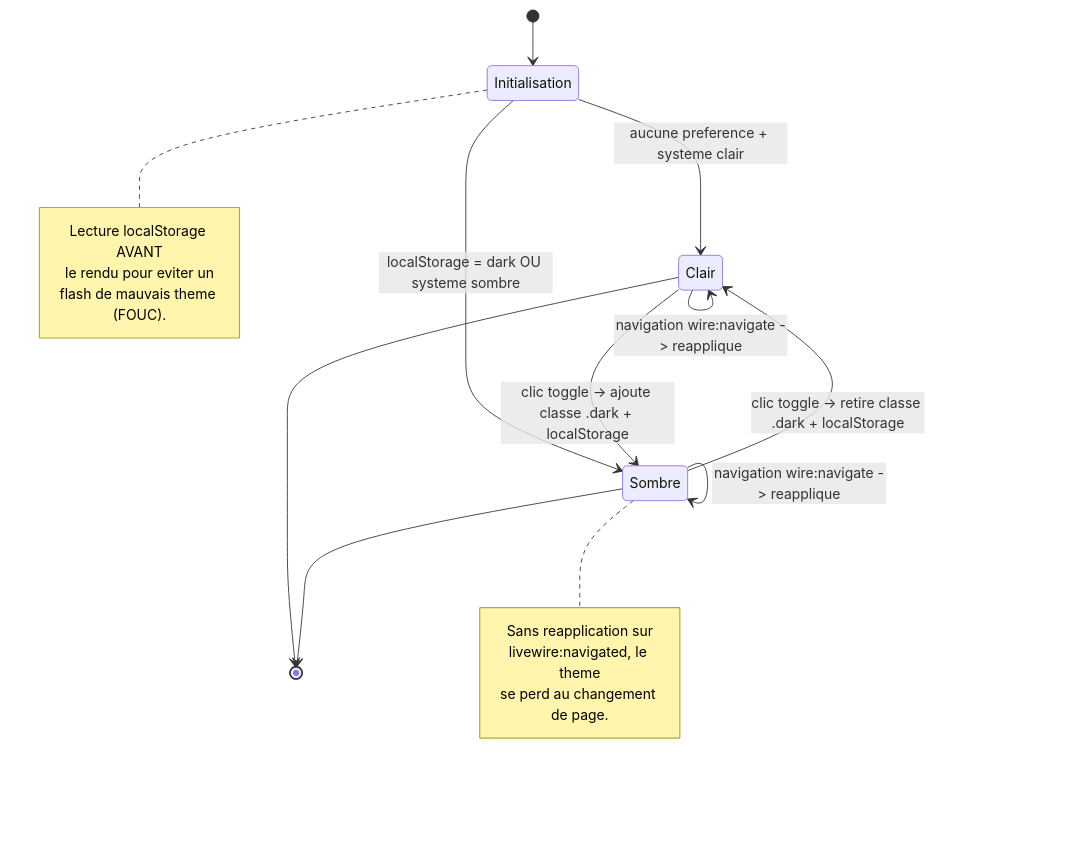
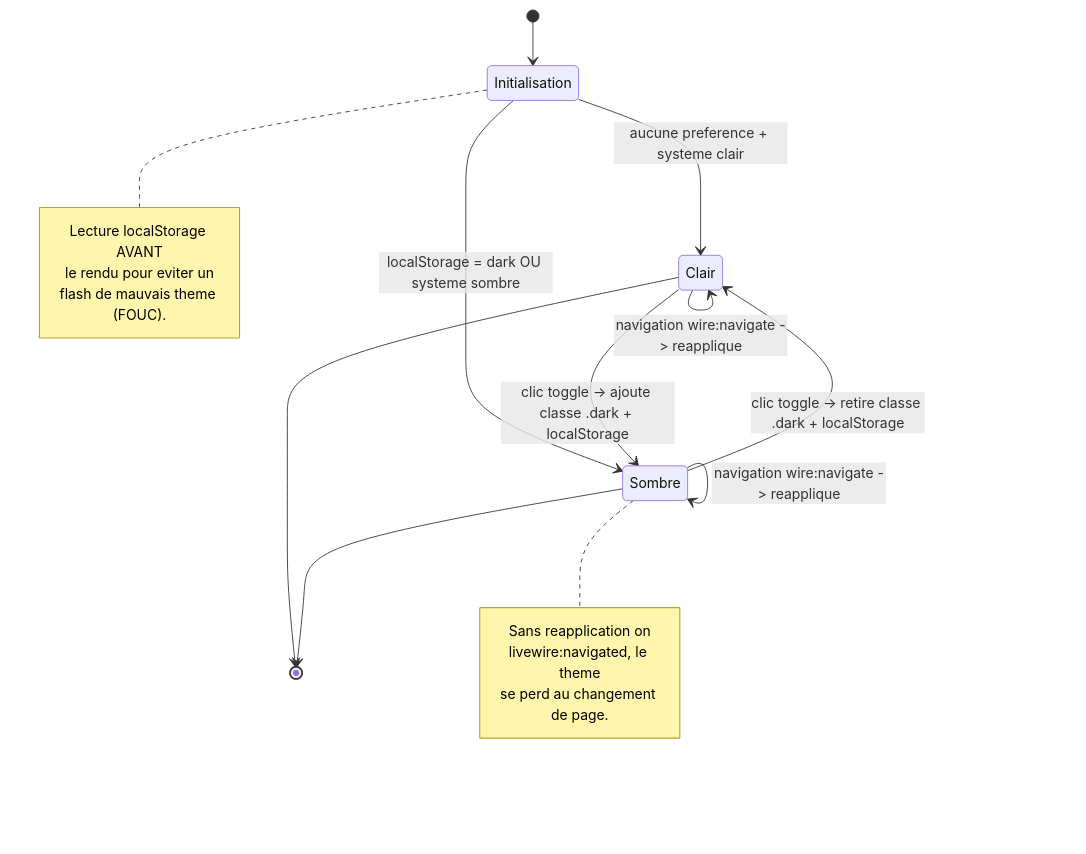
One commit to zyrass/RecetteBox changed the first of 3 diagrams in docs/01-cursus/07-finitions.md. Above: the diagram before and after it, drawn with Mermaid. The commit also changed other lines of this file, not shown here.

Commit message:
docs: add explanatory text before and after Mermaid diagrams in Phase 07

````diff
--- a/docs/01-cursus/07-finitions.md
+++ b/docs/01-cursus/07-finitions.md
@@ -81,24 +81,24 @@
 ```mermaid
 stateDiagram-v2
     [*] --> Initialisation
     Initialisation --> Clair : aucune preference + systeme clair
     Initialisation --> Sombre : localStorage = dark OU systeme sombre
     Clair --> Sombre : clic toggle -> ajoute classe .dark + localStorage
     Sombre --> Clair : clic toggle -> retire classe .dark + localStorage
     Clair --> Clair : navigation wire:navigate -> reapplique
     Sombre --> Sombre : navigation wire:navigate -> reapplique
     Clair --> [*]
     Sombre --> [*]
 
     note right of Initialisation
         Lecture localStorage AVANT
         le rendu pour eviter un
         flash de mauvais theme (FOUC).
     end note
 
     note right of Sombre
-        Sans reapplication sur
+        Sans reapplication on
         livewire:navigated, le theme
         se perd au changement de page.
     end note
 ```
````
